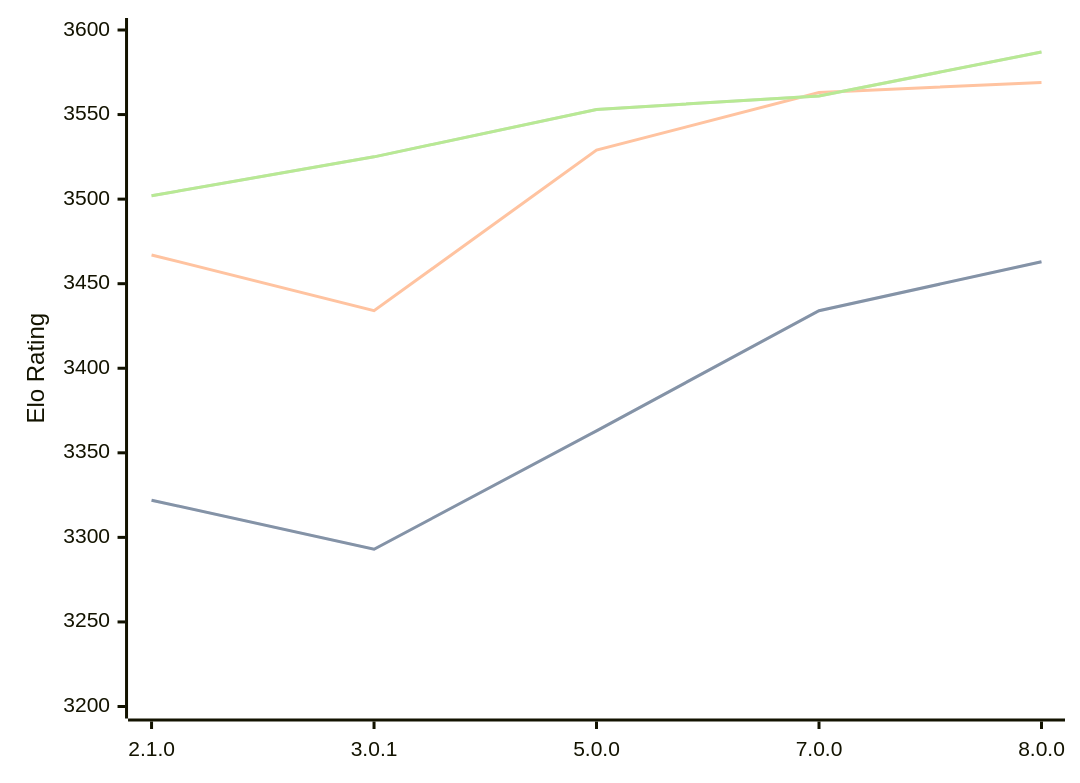
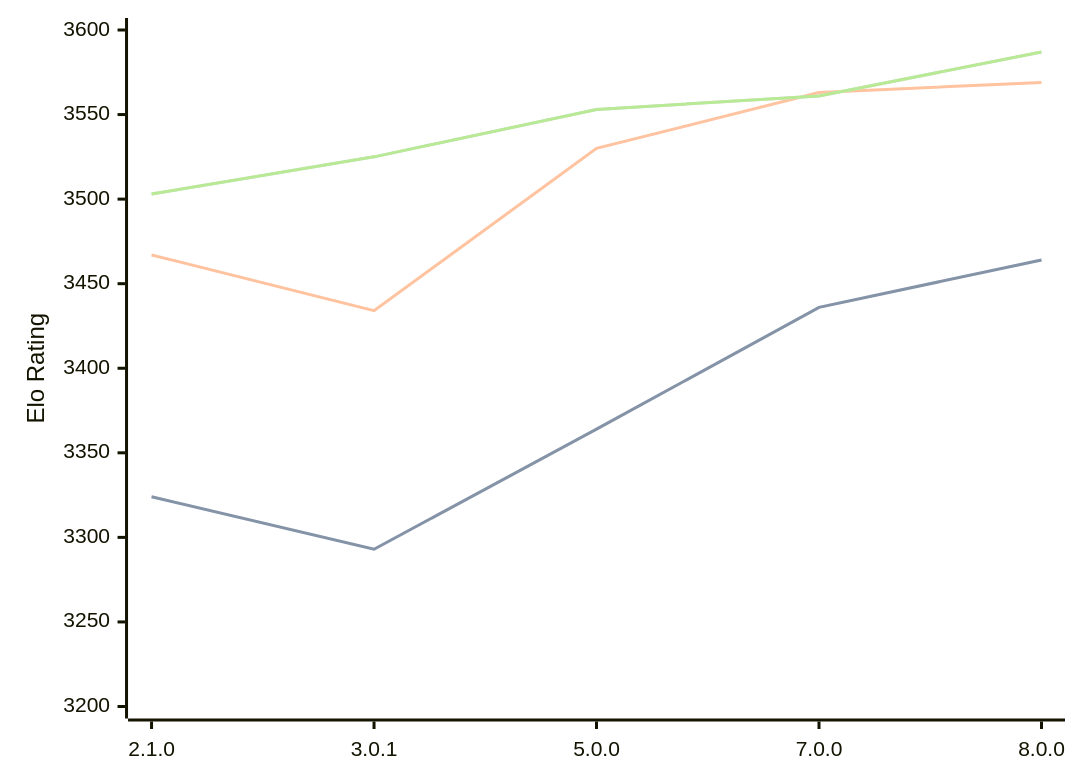
Before and after one commit to computer-chess-index/cci: the diagram in engines/PlentyChess.md, drawn with Mermaid. The commit also changed other lines of this file, not shown here.

Commit message:
Update CCI Ratings (ELO VLTC) - 2026-08-25

````diff
--- a/engines/PlentyChess.md
+++ b/engines/PlentyChess.md
@@ -37,11 +37,11 @@
 ```mermaid
 %%{init: {"theme":"base","themeVariables":{"seriesColors:['#a3a3a3','#222221','#faa371']}}}%%
 xychart-beta
   x-axis ["2.1.0", "3.0.1", "5.0.0", "7.0.0", "8.0.0"]
   y-axis "Elo Rating" 3200 --> 3600
-  line "STC (8.0+0.08s)" [3322, 3293, 3363, 3434, 3463]
-  line "STC (8.0+0.08s)" [3322, 3293, 3363, 3434, 3463]
-  line "LTC (60.0+0.60s)" [3467, 3434, 3529, 3563, 3569]
-  line "VLTC (2m24s+1.12s)" [3502, 3525, 3553, 3561, 3587]
-  line "VLTC (2m24s+1.12s)" [3502, 3525, 3553, 3561, 3587]
+  line "STC (8.0+0.08s)" [3324, 3293, 3364, 3436, 3464]
+  line "STC (8.0+0.08s)" [3324, 3293, 3364, 3436, 3464]
+  line "LTC (60.0+0.60s)" [3467, 3434, 3530, 3563, 3569]
+  line "VLTC (2m24s+1.12s)" [3503, 3525, 3553, 3561, 3587]
+  line "VLTC (2m24s+1.12s)" [3503, 3525, 3553, 3561, 3587]
 ```
````
